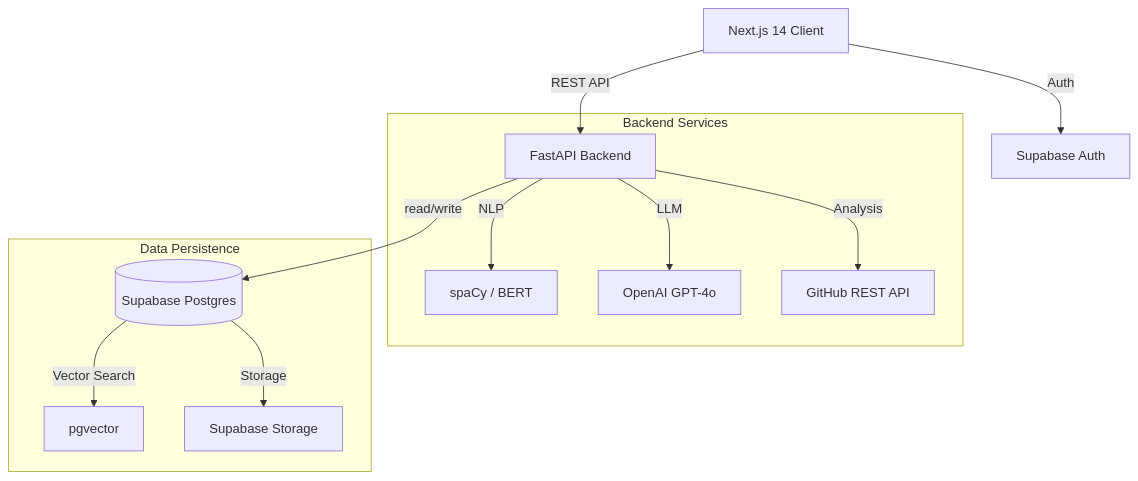
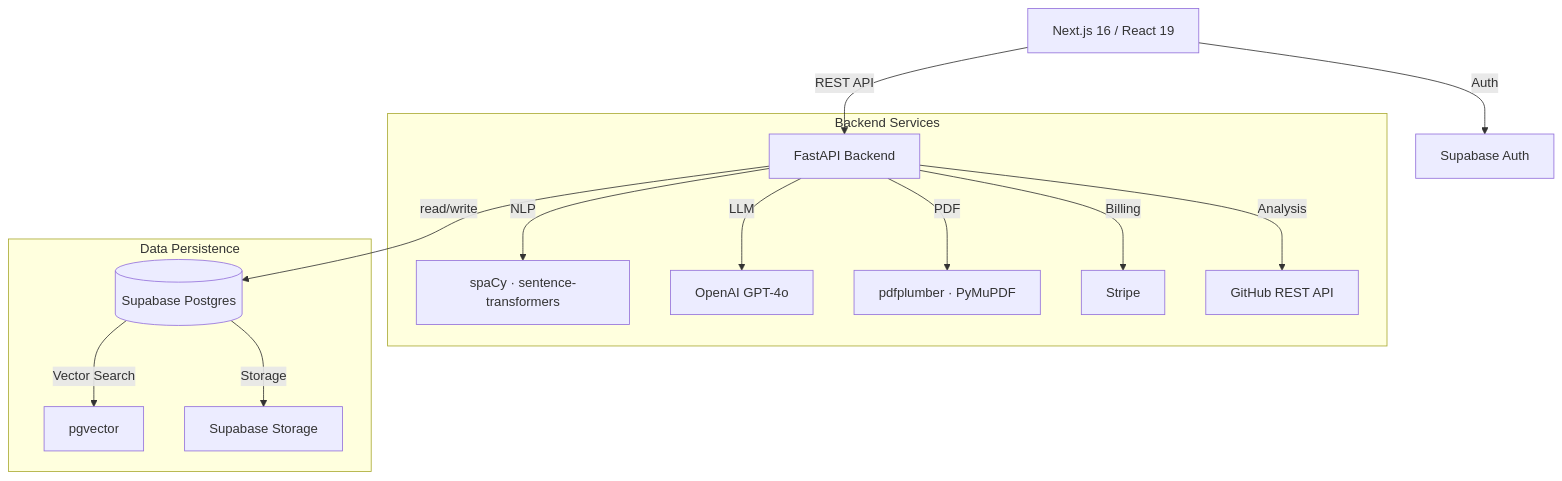
One commit to SudoAnirudh/Hirenix changed the diagram in README.md. Above: the diagram before and after it, drawn with Mermaid. The commit also changed other lines of this file and 2 other files, not shown here.

Commit message:
docs: update project README with Next.js 16, React 19, expanded tech stack, and refined setup instructions, while simplifying the login redirect URL in `auth.ts`.

````diff
--- a/README.md
+++ b/README.md
@@ -49,17 +45,19 @@
 ```mermaid
 graph TD
-    Client[Next.js 14 Client] -->|REST API| API[FastAPI Backend]
+    Client[Next.js 16 / React 19] -->|REST API| API[FastAPI Backend]
     Client -->|Auth| SupabaseAuth[Supabase Auth]
-    
+
     subgraph "Backend Services"
-        API -->|NLP| Spacy[spaCy / BERT]
+        API -->|NLP| Spacy[spaCy · sentence-transformers]
         API -->|LLM| OpenAI[OpenAI GPT-4o]
+        API -->|PDF| PDF[pdfplumber · PyMuPDF]
+        API -->|Billing| Stripe[Stripe]
         API -->|Analysis| GitHubAPI[GitHub REST API]
     end
-    
+
     subgraph "Data Persistence"
         API -->|read/write| DB[(Supabase Postgres)]
         DB -->|Vector Search| PgVector[pgvector]
         DB -->|Storage| S3[Supabase Storage]
     end
 ```
````
